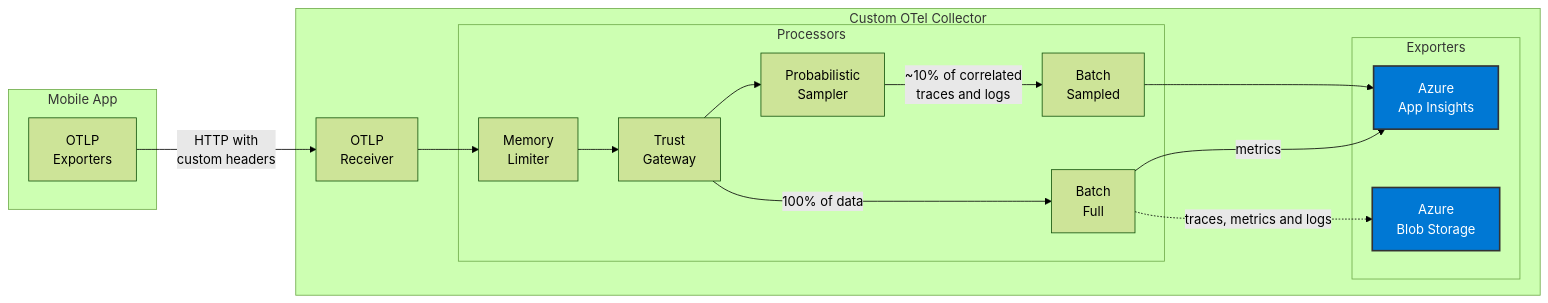
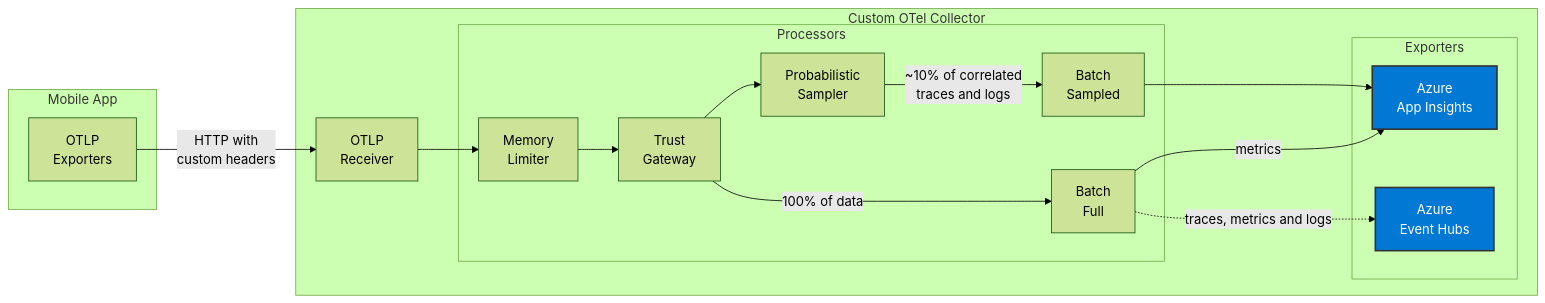
Before and after one commit to fedeoliv/otel-trust-gateway: the diagram in README.md, drawn with Mermaid (forest theme). The commit also changed other lines of this file and 1 other file, not shown here.

Commit message:
docs: README and .env sample updated for event hubs setup

````diff
--- a/README.md
+++ b/README.md
@@ -63,40 +75,40 @@
 ```mermaid
 graph LR
     subgraph Mobile[Mobile App]
         App[OTLP <br/>Exporters]
     end
 
     App -->|HTTP with<br/>custom headers| Receiver
 
     subgraph Collector[Custom OTel Collector]
         Receiver[OTLP<br/>Receiver]
         
         subgraph Processors[Processors]
             Memory[Memory<br/>Limiter]
             TrustGW[Trust <br/>Gateway]
             Sampler[Probabilistic<br/>Sampler<br/>]
             Batch1[Batch<br/>Sampled]
             Batch2[Batch<br/>Full]
         end
         
         subgraph Exporters[Exporters]
             Azure[Azure <br/>App Insights]
-            Other[Azure<br/>Blob Storage]
+            EventHub[Azure<br/>Event Hubs]
         end
         
         Receiver --> Memory
         Memory --> TrustGW
         
         TrustGW --> Sampler
         Sampler -->|~10% of correlated<br/> traces and logs| Batch1
         Batch1 --> Azure
         
         TrustGW -->|100% of data| Batch2
         Batch2 --> |metrics|Azure
         
-        Batch2 -.-> |traces, metrics and logs|Other
+        Batch2 -.-> |traces, metrics and logs|EventHub
     end
     
     style Azure fill:#0078d4,stroke:#333,stroke-width:2px,color:#fff
-    style Other fill:#0078d4,stroke:#333,stroke-width:2px,color:#fff
+    style EventHub fill:#0078d4,stroke:#333,stroke-width:2px,color:#fff
 ```
````
